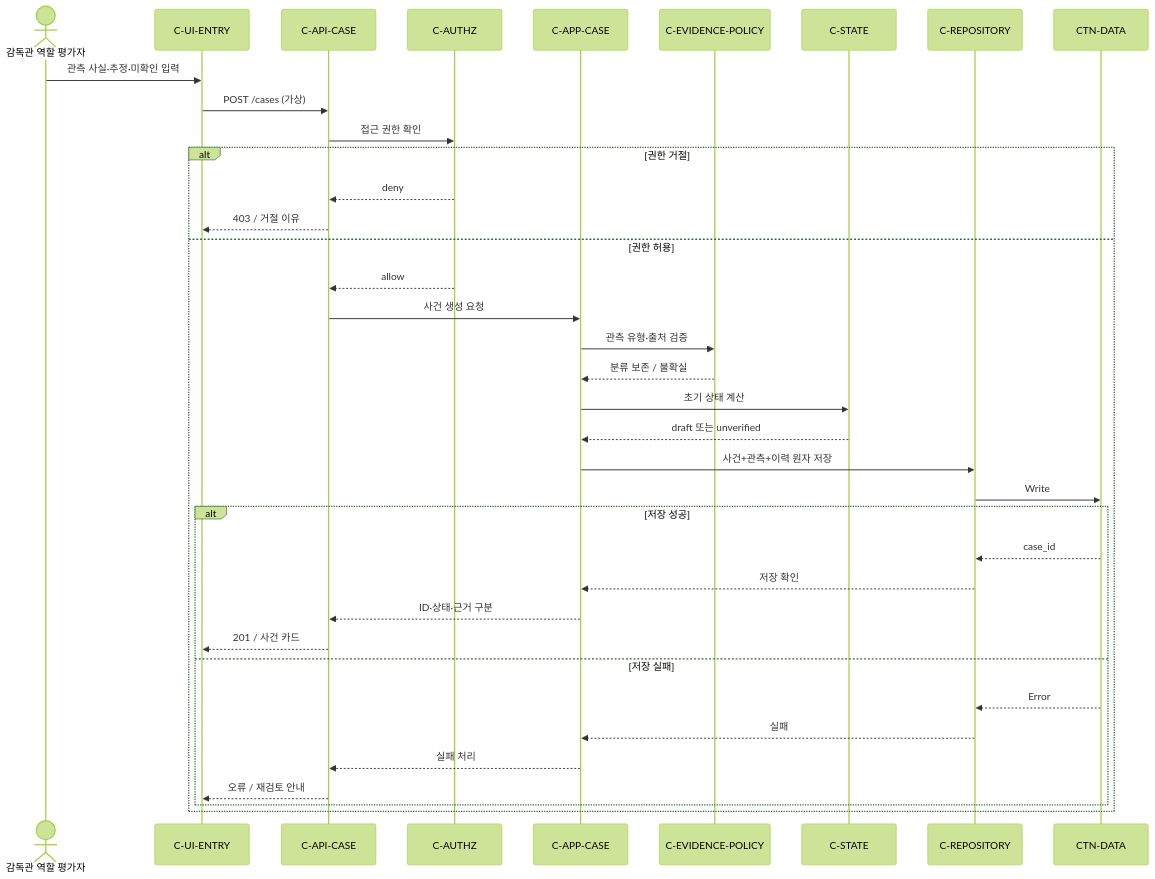
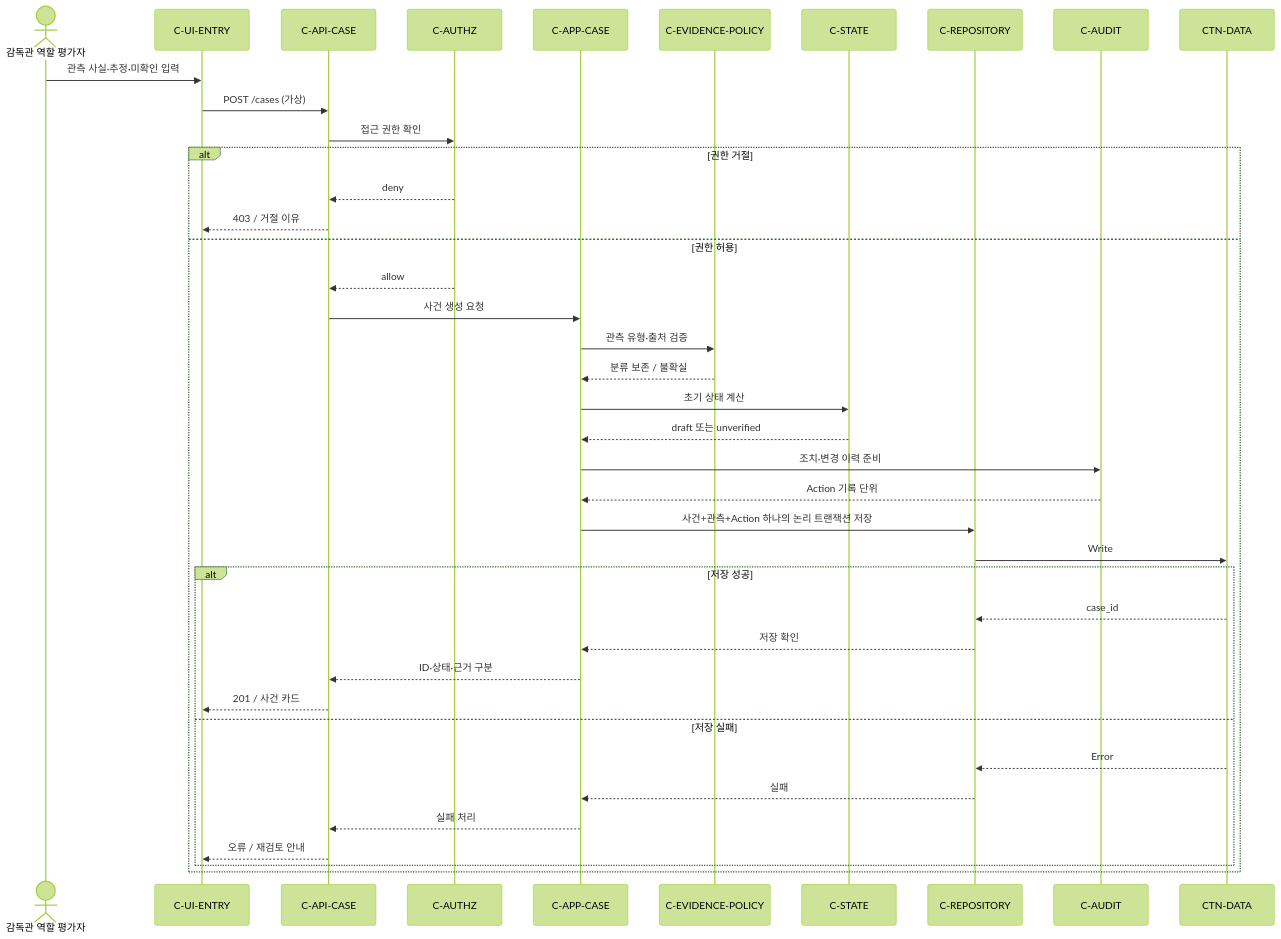
One commit to ik-e/chaja-you changed the third of 4 diagrams in docs/deliverables/COMPONENT-DESIGN-VIEWS.md. Above: the diagram before and after it, drawn with Mermaid (forest theme). The commit also changed other lines of this file, not shown here.

Commit message:
docs(R01): revise component diagrams to progressive order and single domain contract

````diff
--- a/docs/deliverables/COMPONENT-DESIGN-VIEWS.md
+++ b/docs/deliverables/COMPONENT-DESIGN-VIEWS.md
@@ -93,39 +78,42 @@
 ```mermaid
 sequenceDiagram
   actor U as 감독관 역할 평가자
   participant UI as C-UI-ENTRY
   participant API as C-API-CASE
   participant Auth as C-AUTHZ
   participant App as C-APP-CASE
   participant Rule as C-EVIDENCE-POLICY
   participant State as C-STATE
   participant Repo as C-REPOSITORY
+  participant Audit as C-AUDIT
   participant DB as CTN-DATA
   U->>UI: 관측 사실·추정·미확인 입력
   UI->>API: POST /cases (가상)
   API->>Auth: 접근 권한 확인
   alt 권한 거절
     Auth-->>API: deny
     API-->>UI: 403 / 거절 이유
   else 권한 허용
     Auth-->>API: allow
     API->>App: 사건 생성 요청
     App->>Rule: 관측 유형·출처 검증
     Rule-->>App: 분류 보존 / 불확실
     App->>State: 초기 상태 계산
     State-->>App: draft 또는 unverified
-    App->>Repo: 사건+관측+이력 원자 저장
+    App->>Audit: 조치·변경 이력 준비
+    Audit-->>App: Action 기록 단위
+    App->>Repo: 사건+관측+Action 하나의 논리 트랜잭션 저장
     Repo->>DB: Write
     alt 저장 성공
       DB-->>Repo: case_id
       Repo-->>App: 저장 확인
       App-->>API: ID·상태·근거 구분
       API-->>UI: 201 / 사건 카드
     else 저장 실패
       DB-->>Repo: Error
       Repo-->>App: 실패
       App-->>API: 실패 처리
       API-->>UI: 오류 / 재검토 안내
     end
   end
 ```
````
